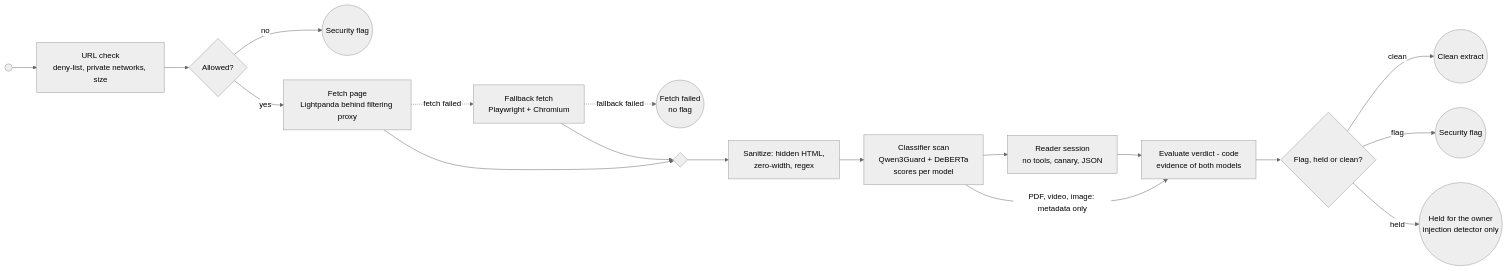
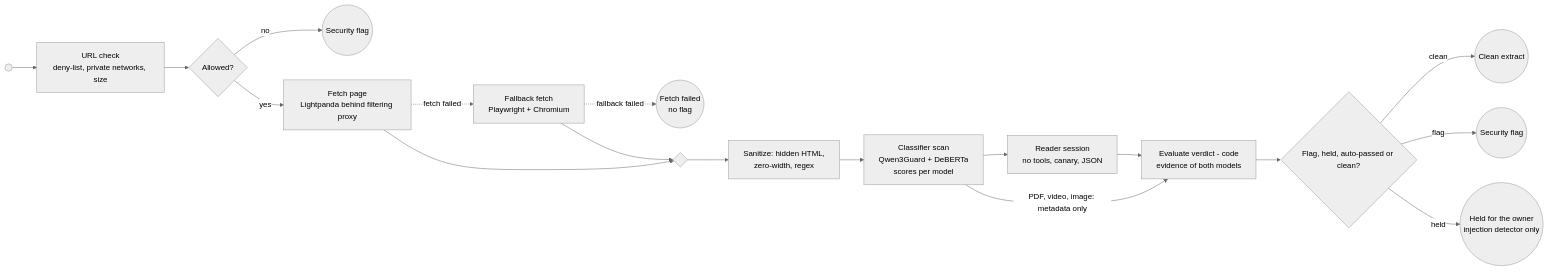
One commit to zskreisz01/pkpipe changed the diagram in docs/process/secure-fetch.md. Above: the diagram before and after it, drawn with Mermaid (neutral theme). The commit also changed other lines of this file and 83 other files, not shown here.

````diff
--- a/docs/process/secure-fetch.md
+++ b/docs/process/secure-fetch.md
@@ -12,15 +12,15 @@
 ```mermaid
 flowchart LR
     s(( )) --> url[URL check<br/>deny-list, private networks, size] --> g1{Allowed?}
     g1 -- no --> f1((Security flag))
     g1 -- yes --> fe[Fetch page<br/>Lightpanda behind filtering proxy]
     fe -. fetch failed .-> fb[Fallback fetch<br/>Playwright + Chromium]
     fb -. fallback failed .-> ff((Fetch failed<br/>no flag))
     fe --> gm{ }
     fb --> gm
-    gm --> cl[Sanitize: hidden HTML,<br/>zero-width, regex] --> pg[Classifier scan<br/>Qwen3Guard + DeBERTa<br/>scores per model] --> rd[Reader session<br/>no tools, canary, JSON] --> vd[Evaluate verdict - code<br/>evidence of both models] --> g2{Flag, held or clean?}
+    gm --> cl[Sanitize: hidden HTML,<br/>zero-width, regex] --> pg[Classifier scan<br/>Qwen3Guard + DeBERTa<br/>scores per model] --> rd[Reader session<br/>no tools, canary, JSON] --> vd[Evaluate verdict - code<br/>evidence of both models] --> g2{Flag, held, auto-passed or clean?}
     pg -- PDF, video, image: metadata only --> vd
     g2 -- clean --> ok((Clean extract))
     g2 -- flag --> f2((Security flag))
     g2 -- held --> hd((Held for the owner<br/>injection detector only))
 ```
````
